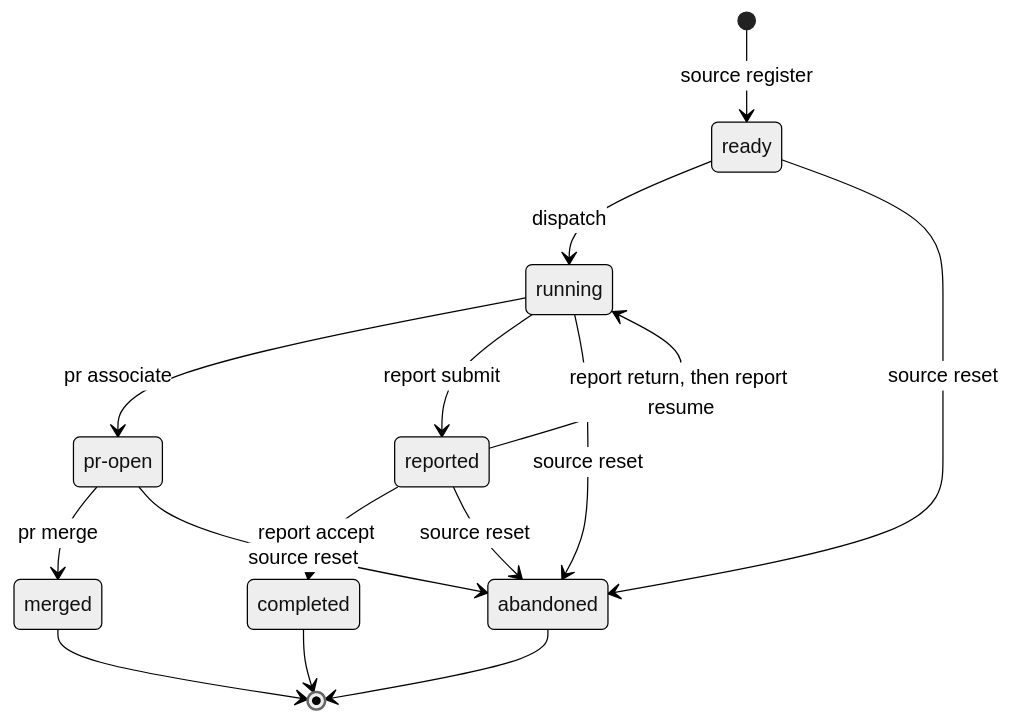
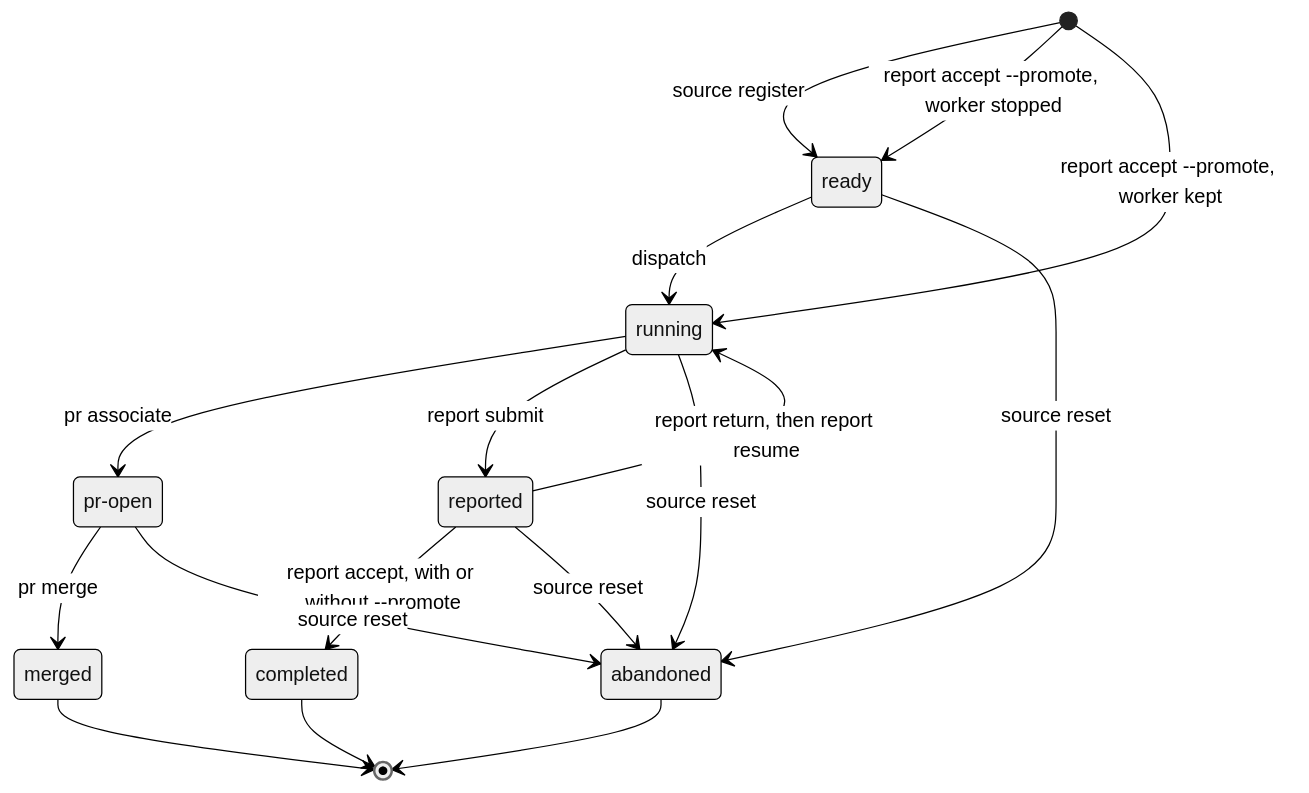
Before and after one commit to fveracoechea/operator: the first of 2 diagrams in README.md, drawn with Mermaid (neutral theme). The commit also changed other lines of this file and 8 other files, not shown here.

First line of the commit message:
docs: bring the README diagrams, CONTEXT, update guide, and ADRs in line with main

````diff
--- a/README.md
+++ b/README.md
@@ -25,19 +27,21 @@
 ```mermaid
 stateDiagram-v2
     state "pr-open" as pr_open
 
     [*] --> ready: source register
+    [*] --> ready: report accept --promote, worker stopped
+    [*] --> running: report accept --promote, worker kept
     ready --> running: dispatch
     running --> pr_open: pr associate
     pr_open --> merged: pr merge
     running --> reported: report submit
-    reported --> completed: report accept
+    reported --> completed: report accept, with or without --promote
     reported --> running: report return, then report resume
     ready --> abandoned: source reset
     running --> abandoned: source reset
     pr_open --> abandoned: source reset
     reported --> abandoned: source reset
     merged --> [*]
     completed --> [*]
     abandoned --> [*]
 ```
````
